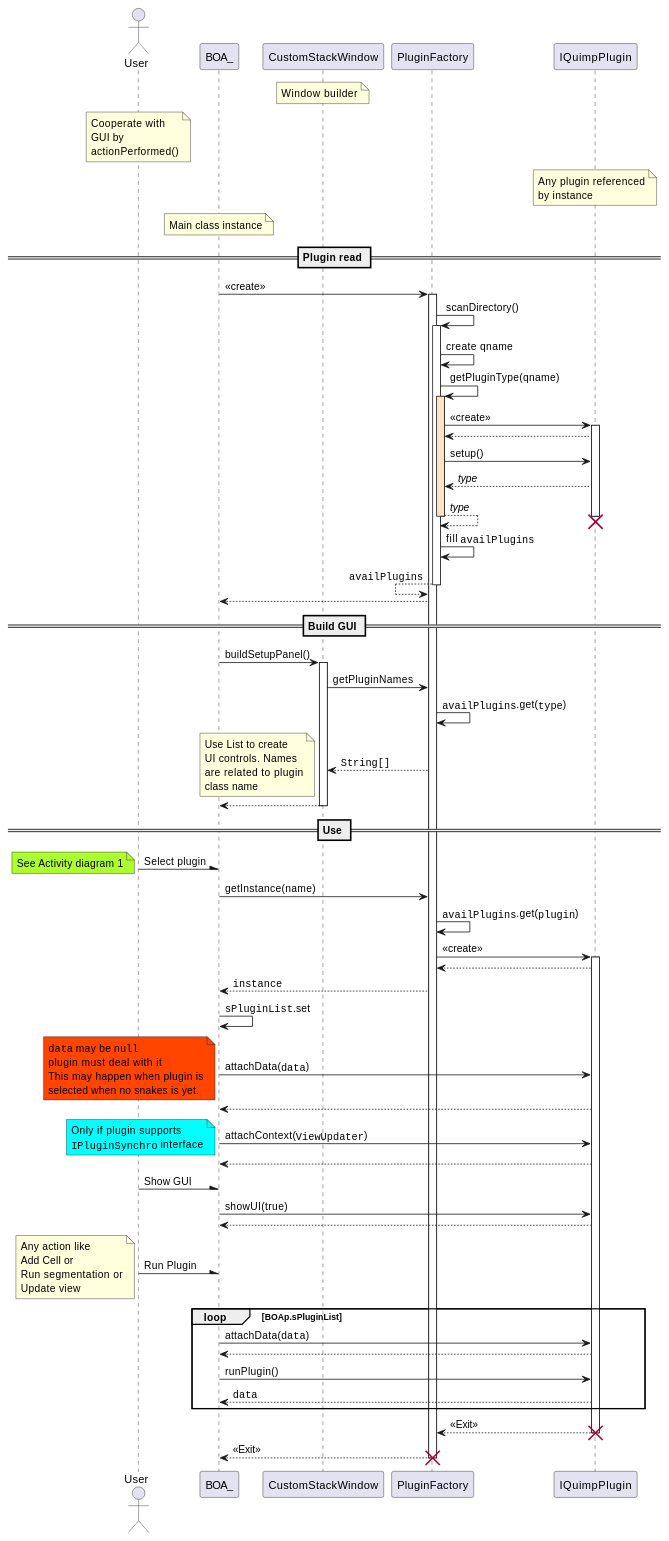
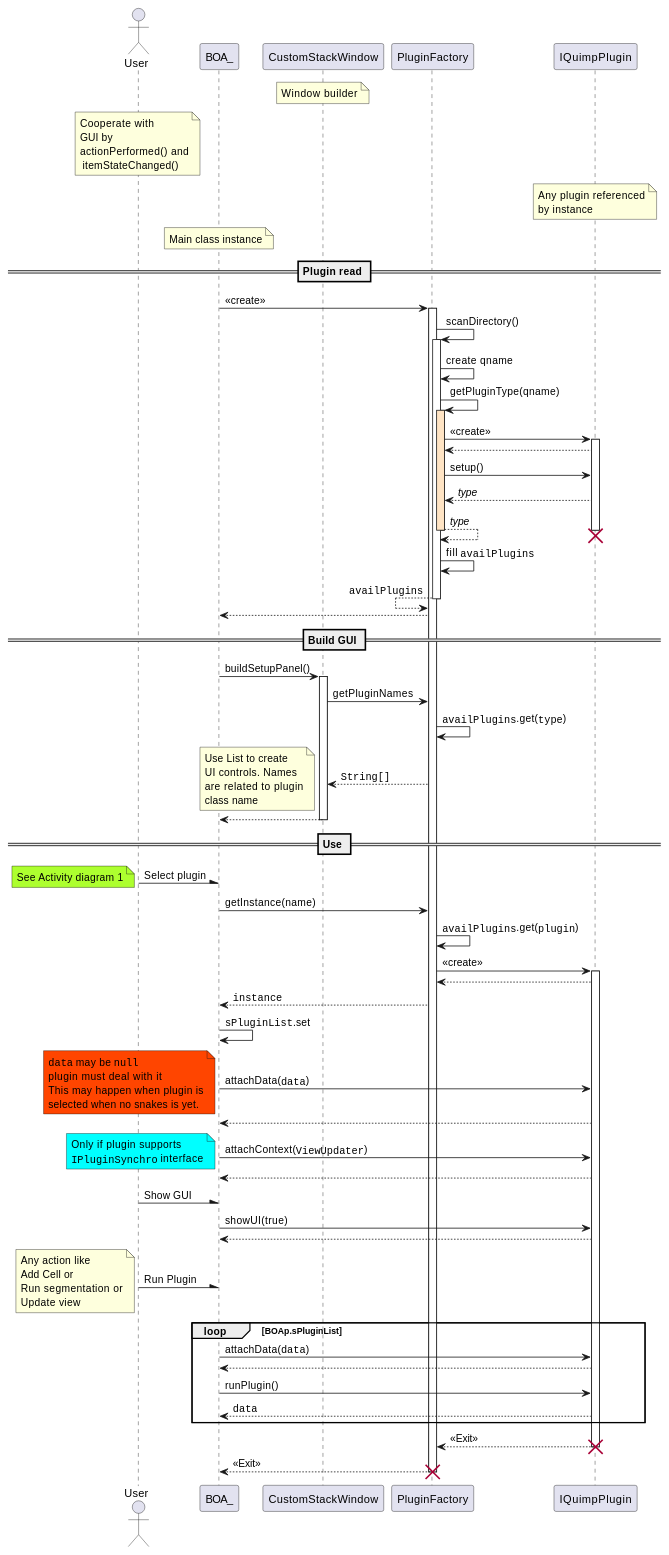
The second of 7 diagrams in Doxygen_doc/SnakePlugin.md (CellDynamics/QuimP), drawn with PlantUML before and after one commit. The commit also changed other lines of this file and 1 other file, not shown here.

```diff
--- a/Doxygen_doc/SnakePlugin.md
+++ b/Doxygen_doc/SnakePlugin.md
@@ -80,7 +80,7 @@
 participant IQuimpPlugin as Plugin
 
 note over GUIBuilder : Window builder
-note over User : Cooperate with\nGUI by\nactionPerformed()
+note over User : Cooperate with\nGUI by\nactionPerformed() and\n itemStateChanged()
 note over Plugin : Any plugin referenced\nby instance
 note over QuimP : Main class instance
 
```
